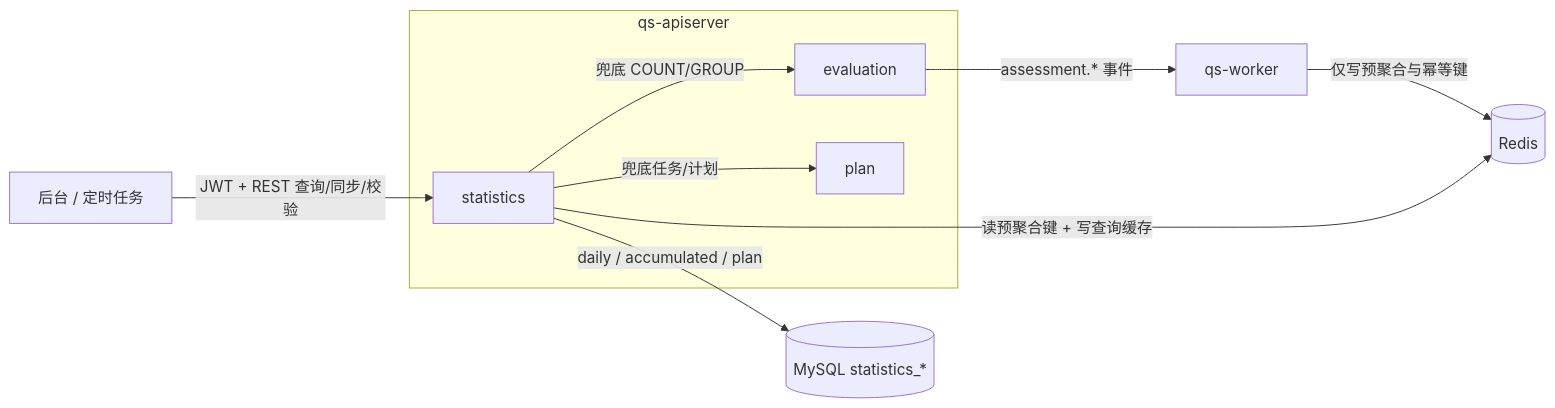
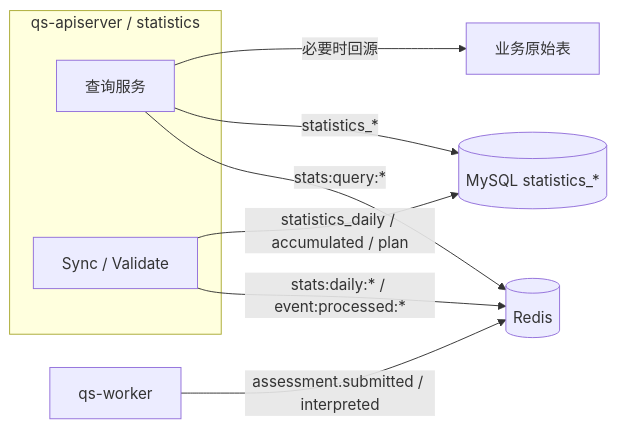
One commit to FangcunMount/qs-server changed the diagram in docs/02-业务模块/06-statistics.md. Above: the diagram before and after it, drawn with Mermaid. The commit also changed other lines of this file and 41 other files, not shown here.

````diff
--- a/docs/02-业务模块/06-statistics.md
+++ b/docs/02-业务模块/06-statistics.md
@@ -60,21 +63,19 @@
 ```mermaid
 flowchart LR
-    admin[后台 / 定时任务]
-    worker[qs-worker]
-    redis[(Redis)]
-    mysql[(MySQL statistics_*)]
+    Worker["qs-worker"]
+    Redis[(Redis)]
+    MySQL[(MySQL statistics_*)]
+    Raw["业务原始表"]
 
-    subgraph apiserver[qs-apiserver]
-        evaluation[evaluation]
-        plan[plan]
-        statistics[statistics]
+    subgraph API["qs-apiserver / statistics"]
+        Query["查询服务"]
+        Sync["Sync / Validate"]
     end
 
-    evaluation -->|assessment.* 事件| worker
-    worker -->|仅写预聚合与幂等键| redis
-    admin -->|JWT + REST 查询/同步/校验| statistics
-    statistics -->|读预聚合键 + 写查询缓存| redis
-    statistics -->|daily / accumulated / plan| mysql
-    statistics -->|兜底 COUNT/GROUP| evaluation
-    statistics -->|兜底任务/计划| plan
+    Worker -->|assessment.submitted / interpreted| Redis
+    Query -->|stats:query:*| Redis
+    Query -->|statistics_*| MySQL
+    Query -->|必要时回源| Raw
+    Sync -->|stats:daily:* / event:processed:*| Redis
+    Sync -->|statistics_daily / accumulated / plan| MySQL
 ```
````
